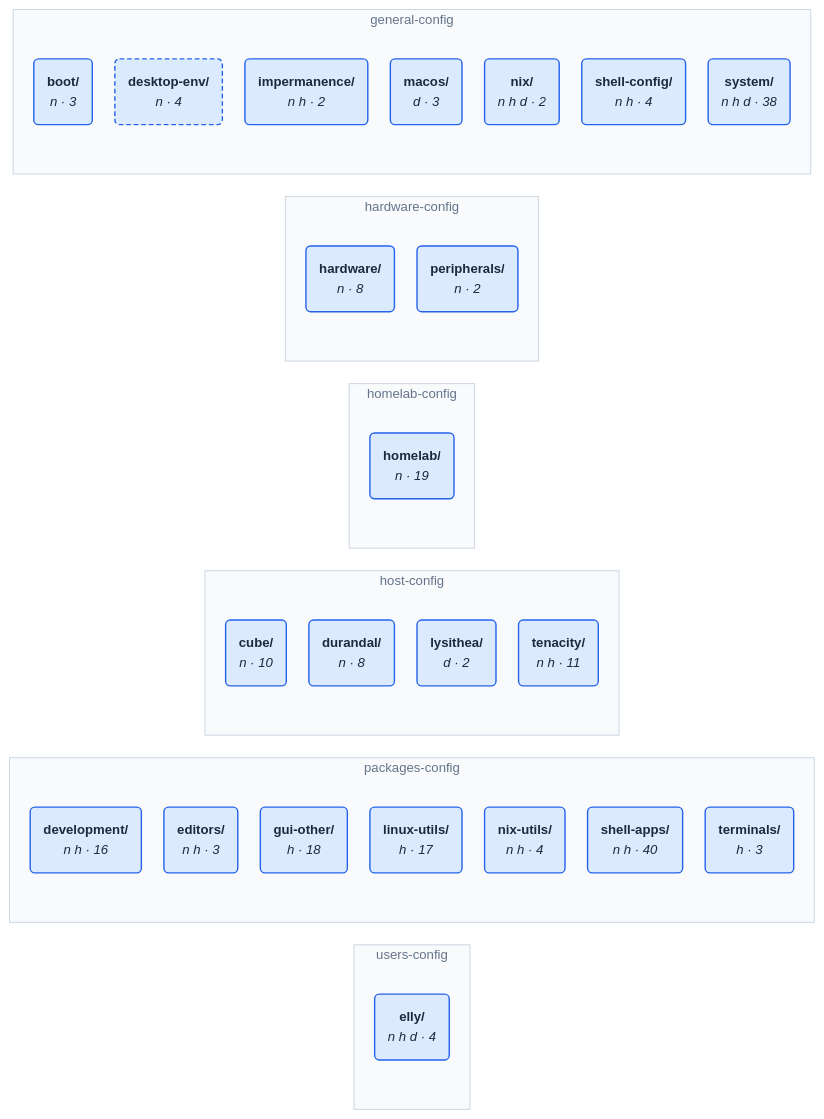
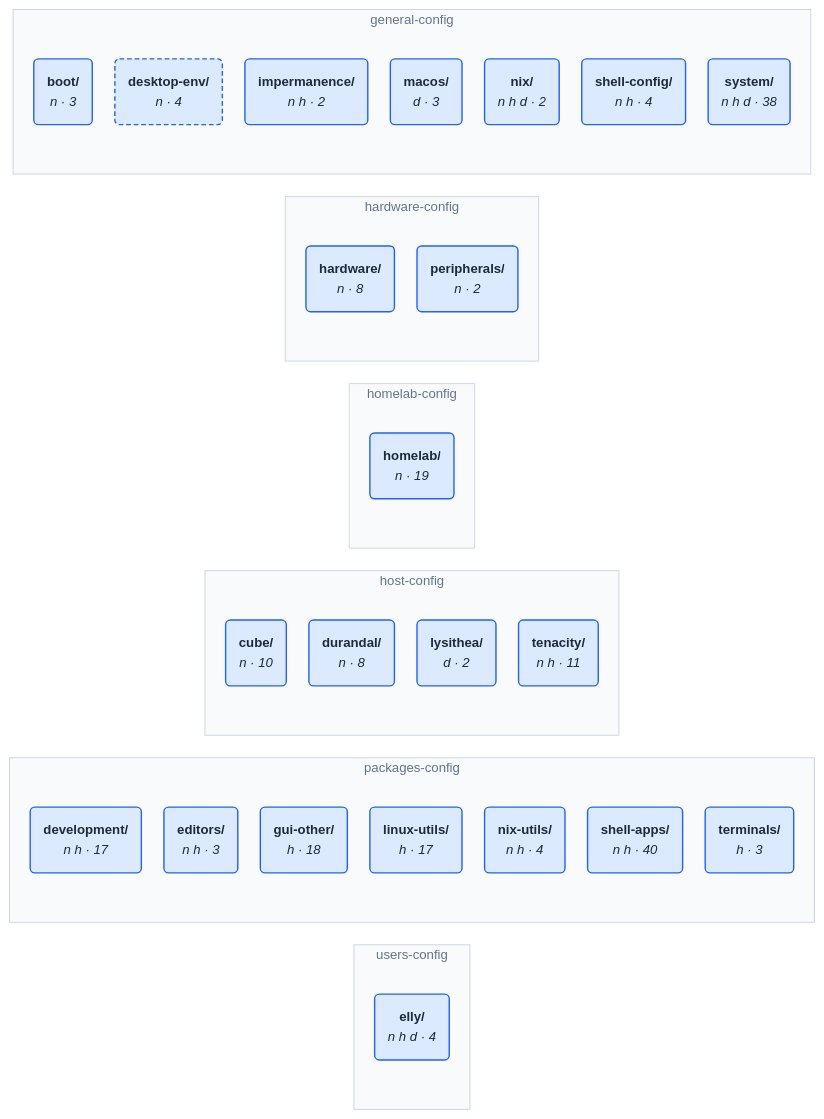
One commit to NireBryce/nixos-configs changed the diagram in wiki/config-structure/architecture.md. Above: the diagram before and after it, drawn with Mermaid. The commit also changed 1 other file, not shown here.

Commit message:
fix: regenerate wiki module-layout and module-count regions
Adding the t3code module file moved the generated regions; `just wiki-gen`
rewrites them. `check_wiki.py check` passes after.

````diff
--- a/wiki/config-structure/architecture.md
+++ b/wiki/config-structure/architecture.md
@@ -98,54 +98,54 @@
 ```mermaid
 %%{init: {"theme": "base", "themeVariables": {"fontFamily": "ui-sans-serif, system-ui, sans-serif", "fontSize": "14px", "lineColor": "#94a3b8"}, "flowchart": {"curve": "basis", "nodeSpacing": 24, "rankSpacing": 80, "padding": 14}}}%%
 flowchart LR
     subgraph g0["users-config"]
         n27("<b>elly/</b><br/><i>n h d · 4</i>")
     end
     subgraph g1["packages-config"]
-        n20("<b>development/</b><br/><i>n h · 16</i>")
+        n20("<b>development/</b><br/><i>n h · 17</i>")
         n21("<b>editors/</b><br/><i>n h · 3</i>")
         n22("<b>gui-other/</b><br/><i>h · 18</i>")
         n23("<b>linux-utils/</b><br/><i>h · 17</i>")
         n24("<b>nix-utils/</b><br/><i>n h · 4</i>")
         n25("<b>shell-apps/</b><br/><i>n h · 40</i>")
         n26("<b>terminals/</b><br/><i>h · 3</i>")
     end
     subgraph g2["host-config"]
         n16("<b>cube/</b><br/><i>n · 10</i>")
         n17("<b>durandal/</b><br/><i>n · 8</i>")
         n18("<b>lysithea/</b><br/><i>d · 2</i>")
         n19("<b>tenacity/</b><br/><i>n h · 11</i>")
     end
     subgraph g3["homelab-config"]
         n15("<b>homelab/</b><br/><i>n · 19</i>")
     end
     subgraph g4["hardware-config"]
         n13("<b>hardware/</b><br/><i>n · 8</i>")
         n14("<b>peripherals/</b><br/><i>n · 2</i>")
     end
     subgraph g5["general-config"]
         n6("<b>boot/</b><br/><i>n · 3</i>")
         n7("<b>desktop-env/</b><br/><i>n · 4</i>")
         n8("<b>impermanence/</b><br/><i>n h · 2</i>")
         n9("<b>macos/</b><br/><i>d · 3</i>")
         n10("<b>nix/</b><br/><i>n h d · 2</i>")
         n11("<b>shell-config/</b><br/><i>n h · 4</i>")
         n12("<b>system/</b><br/><i>n h d · 38</i>")
     end
     style g0 fill:#f8fafc,stroke:#cbd5e1,color:#64748b
     style g1 fill:#f8fafc,stroke:#cbd5e1,color:#64748b
     style g2 fill:#f8fafc,stroke:#cbd5e1,color:#64748b
     style g3 fill:#f8fafc,stroke:#cbd5e1,color:#64748b
     style g4 fill:#f8fafc,stroke:#cbd5e1,color:#64748b
     style g5 fill:#f8fafc,stroke:#cbd5e1,color:#64748b
     classDef area fill:#f8fafc,stroke:#cbd5e1,color:#1e293b,stroke-width:1.5px
     classDef category fill:#dbeafe,stroke:#2563eb,color:#1e293b,stroke-width:1.5px
     classDef folder fill:#f1f5f9,stroke:#94a3b8,color:#1e293b,stroke-width:1.5px
     classDef module fill:#ffffff,stroke:#94a3b8,color:#1e293b,stroke-width:1.5px
     classDef aggregate fill:#ffffff,stroke:#f59e0b,color:#1e293b,stroke-width:1.5px
     classDef missing fill:#fee2e2,stroke:#ef4444,color:#1e293b,stroke-width:1.5px
     classDef orphan fill:#fff1f2,stroke:#e11d48,color:#1e293b,stroke-width:2.5px
     classDef bymodule stroke-dasharray:5 3
     class n6,n7,n8,n9,n10,n11,n12,n13,n14,n15,n16,n17,n18,n19,n20,n21,n22,n23,n24,n25,n26,n27 category
     class n7 bymodule
 ```
````
